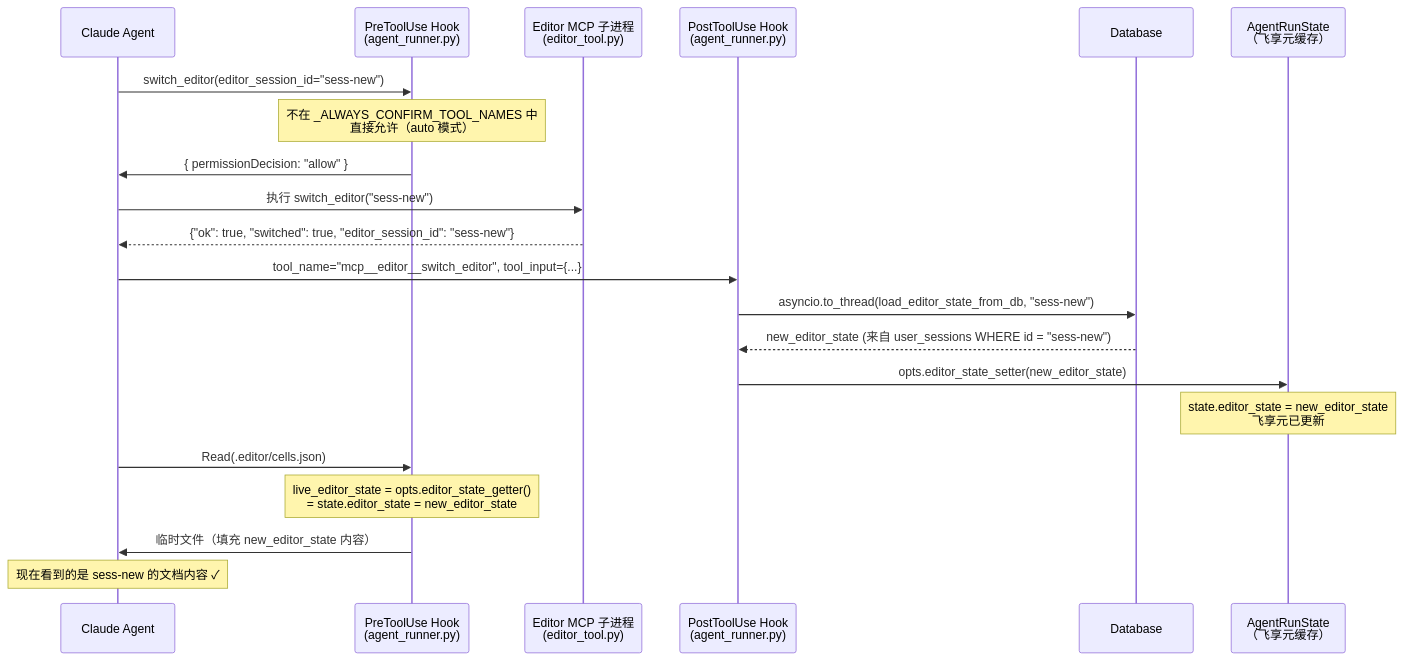
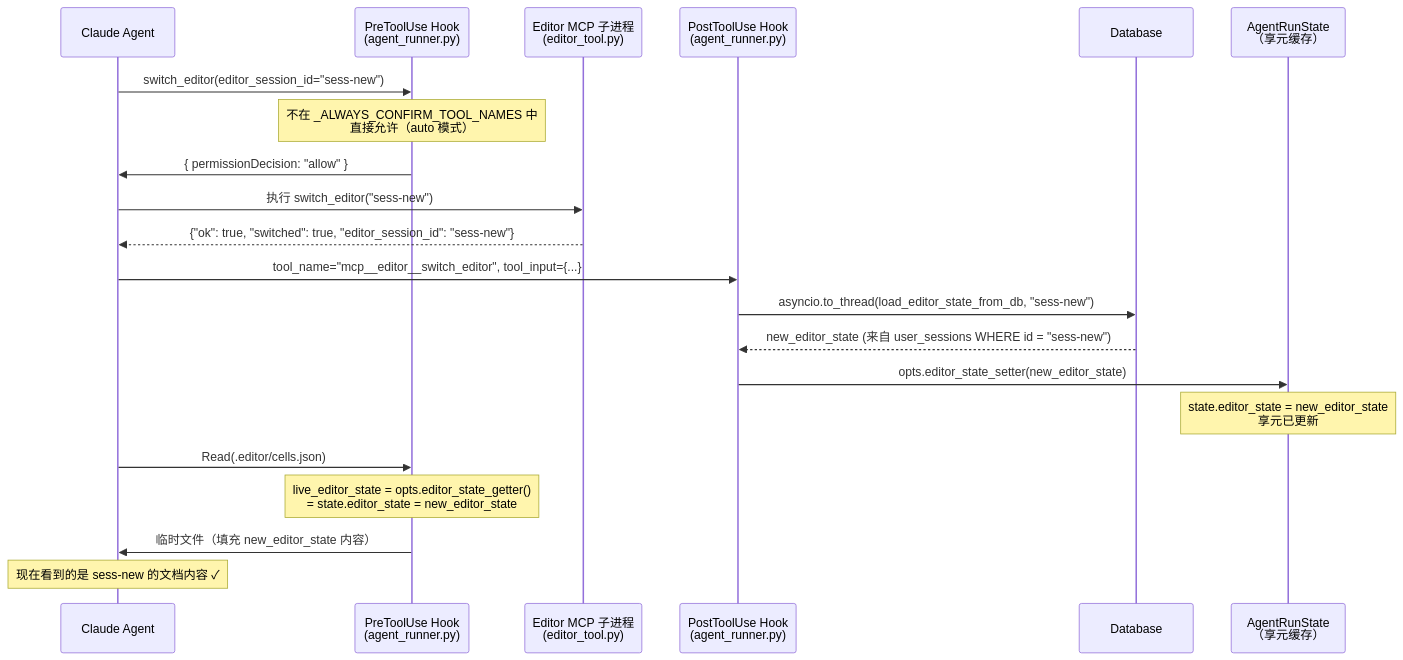
One commit to glide-the/im-dream changed the diagram in docs/design/claude-agent/edit-point/workspace-switch.md. Above: the diagram before and after it, drawn with Mermaid. The commit also changed other lines of this file, not shown here.

````diff
--- a/docs/design/claude-agent/edit-point/workspace-switch.md
+++ b/docs/design/claude-agent/edit-point/workspace-switch.md
@@ -184,27 +184,27 @@
 ```mermaid
 sequenceDiagram
     participant Agent as Claude Agent
     participant PreHook as PreToolUse Hook<br/>(agent_runner.py)
     participant MCP as Editor MCP 子进程<br/>(editor_tool.py)
     participant PostHook as PostToolUse Hook<br/>(agent_runner.py)
     participant DB as Database
-    participant State as AgentRunState<br/>（飞享元缓存）
+    participant State as AgentRunState<br/>（享元缓存）
 
     Agent->>PreHook: switch_editor(editor_session_id="sess-new")
     Note over PreHook: 不在 _ALWAYS_CONFIRM_TOOL_NAMES 中<br/>直接允许（auto 模式）
     PreHook->>Agent: { permissionDecision: "allow" }
 
     Agent->>MCP: 执行 switch_editor("sess-new")
     MCP-->>Agent: {"ok": true, "switched": true, "editor_session_id": "sess-new"}
 
     Agent->>PostHook: tool_name="mcp__editor__switch_editor", tool_input={...}
     PostHook->>DB: asyncio.to_thread(load_editor_state_from_db, "sess-new")
     DB-->>PostHook: new_editor_state (来自 user_sessions WHERE id = "sess-new")
     PostHook->>State: opts.editor_state_setter(new_editor_state)
-    Note over State: state.editor_state = new_editor_state<br/>飞享元已更新
+    Note over State: state.editor_state = new_editor_state<br/>享元已更新
 
     Agent->>PreHook: Read(.editor/cells.json)
     Note over PreHook: live_editor_state = opts.editor_state_getter()<br/>= state.editor_state = new_editor_state
     PreHook->>Agent: 临时文件（填充 new_editor_state 内容）
     Note over Agent: 现在看到的是 sess-new 的文档内容 ✓
 ```
````
